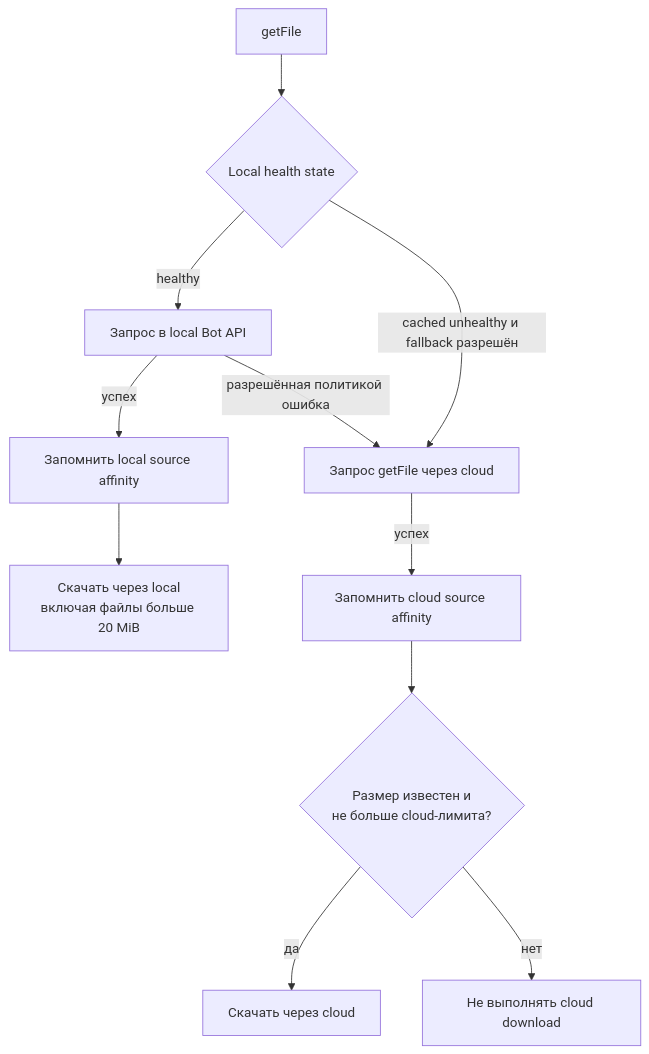
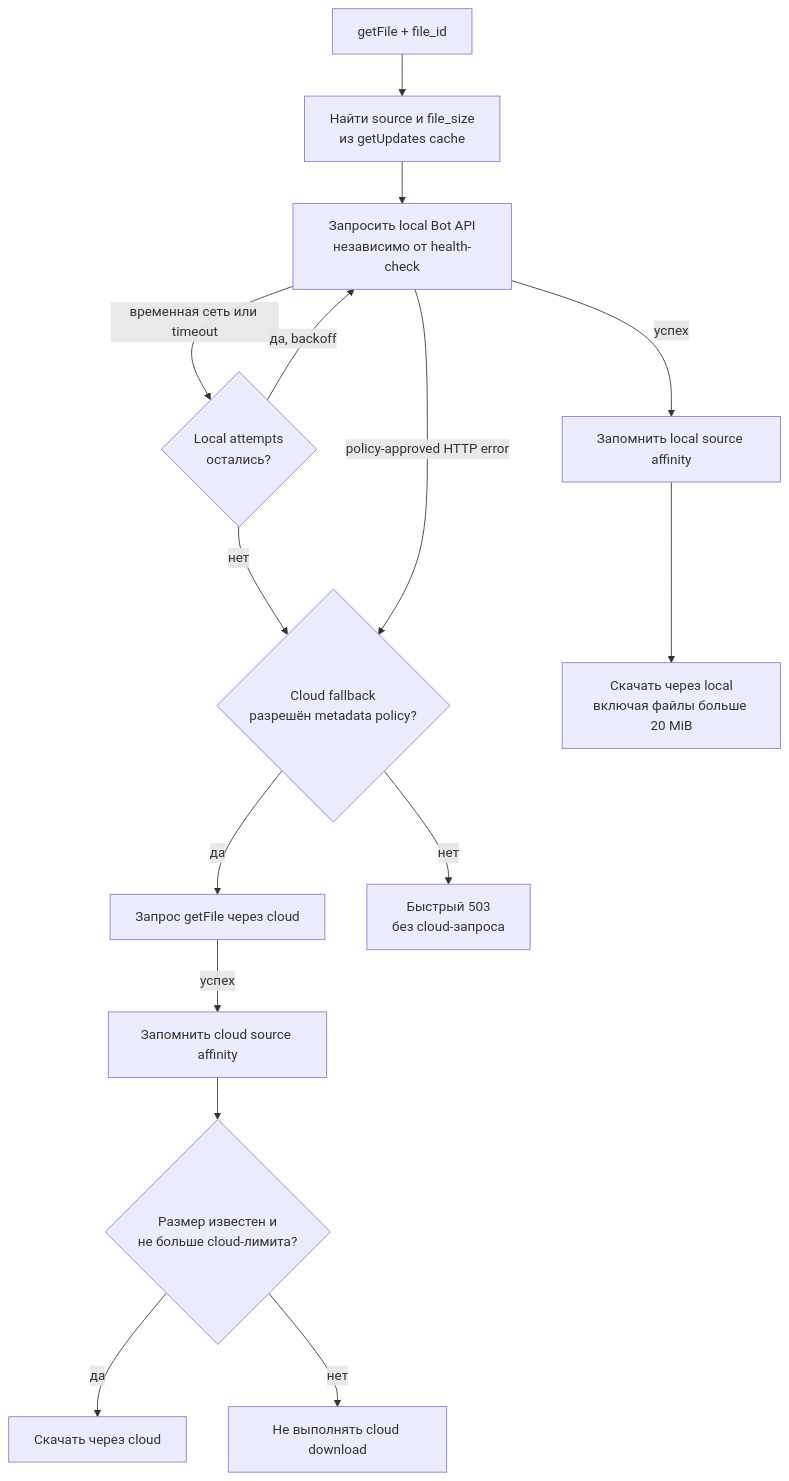
Before and after one commit to dankarization/openclaw-telegram-bot-api-proxy: the third of 3 diagrams in README.md, drawn with Mermaid. The commit also changed other lines of this file and 4 other files, not shown here.

````diff
--- a/README.md
+++ b/README.md
@@ -99,13 +108,17 @@
 ```mermaid
 flowchart TD
-    Request[getFile] --> Health{Local health state}
-    Health -->|healthy| Local[Запрос в local Bot API]
-    Health -->|cached unhealthy и fallback разрешён| Cloud[Запрос getFile через cloud]
+    Request[getFile + file_id] --> Metadata[Найти source и file_size<br/>из getUpdates cache]
+    Metadata --> Local[Запросить local Bot API<br/>независимо от health-check]
+    Local -->|временная сеть или timeout| Retry{Local attempts<br/>остались?}
+    Retry -->|да, backoff| Local
+    Retry -->|нет| Policy{Cloud fallback<br/>разрешён metadata policy?}
+    Local -->|policy-approved HTTP error| Policy
+    Policy -->|да| Cloud[Запрос getFile через cloud]
+    Policy -->|нет| Fast503[Быстрый 503<br/>без cloud-запроса]
     Local -->|успех| LocalCache[Запомнить local source affinity]
-    Local -->|разрешённая политикой ошибка| Cloud
     LocalCache --> LocalDownload[Скачать через local<br/>включая файлы больше 20 MiB]
     Cloud -->|успех| CloudCache[Запомнить cloud source affinity]
     CloudCache --> Size{Размер известен и<br/>не больше cloud-лимита?}
     Size -->|да| CloudDownload[Скачать через cloud]
     Size -->|нет| Block[Не выполнять cloud download]
 ```
````
